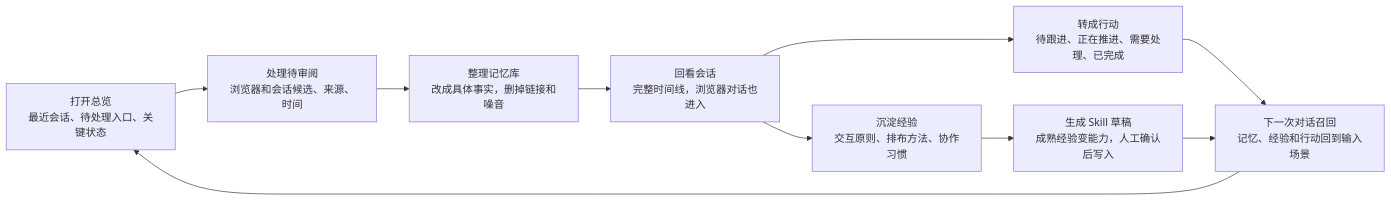
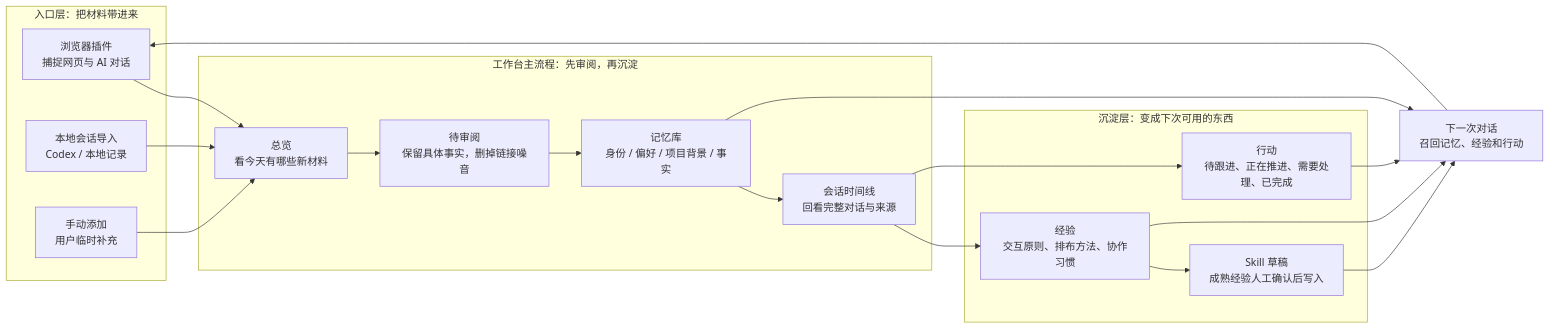
The diagram in docs/feishu/whiteboards/workbench-workflow.mmd (MaimoryLab/AI-Inbox), drawn with Mermaid before and after one commit. The commit also changed 2 other files, not shown here.

```diff
--- a/docs/feishu/whiteboards/workbench-workflow.mmd
+++ b/docs/feishu/whiteboards/workbench-workflow.mmd
@@ -1,10 +1,36 @@
 flowchart LR
-  A[打开总览<br/>最近会话、待处理入口、关键状态] --> B[处理待审阅<br/>浏览器和会话候选、来源、时间]
-  B --> C[整理记忆库<br/>改成具体事实，删掉链接和噪音]
-  C --> D[回看会话<br/>完整时间线，浏览器对话也进入]
-  D --> E[沉淀经验<br/>交互原则、排布方法、协作习惯]
-  D --> F[转成行动<br/>待跟进、正在推进、需要处理、已完成]
-  E --> G[生成 Skill 草稿<br/>成熟经验变能力，人工确认后写入]
-  F --> H[下一次对话召回<br/>记忆、经验和行动回到输入场景]
-  G --> H
-  H --> A
+  subgraph Inbox[入口层：把材料带进来]
+    A1[浏览器插件<br/>捕捉网页与 AI 对话]
+    A2[本地会话导入<br/>Codex / 本地记录]
+    A3[手动添加<br/>用户临时补充]
+  end
+
+  subgraph Review[工作台主流程：先审阅，再沉淀]
+    B[总览<br/>看今天有哪些新材料]
+    C[待审阅<br/>保留具体事实，删掉链接噪音]
+    D[记忆库<br/>身份 / 偏好 / 项目背景 / 事实]
+    E[会话时间线<br/>回看完整对话与来源]
+  end
+
+  subgraph Output[沉淀层：变成下次可用的东西]
+    F[经验<br/>交互原则、排布方法、协作习惯]
+    G[行动<br/>待跟进、正在推进、需要处理、已完成]
+    H[Skill 草稿<br/>成熟经验人工确认后写入]
+  end
+
+  I[下一次对话<br/>召回记忆、经验和行动]
+
+  A1 --> B
+  A2 --> B
+  A3 --> B
+  B --> C
+  C --> D
+  D --> E
+  E --> F
+  E --> G
+  F --> H
+  D --> I
+  F --> I
+  G --> I
+  H --> I
+  I --> A1
```
